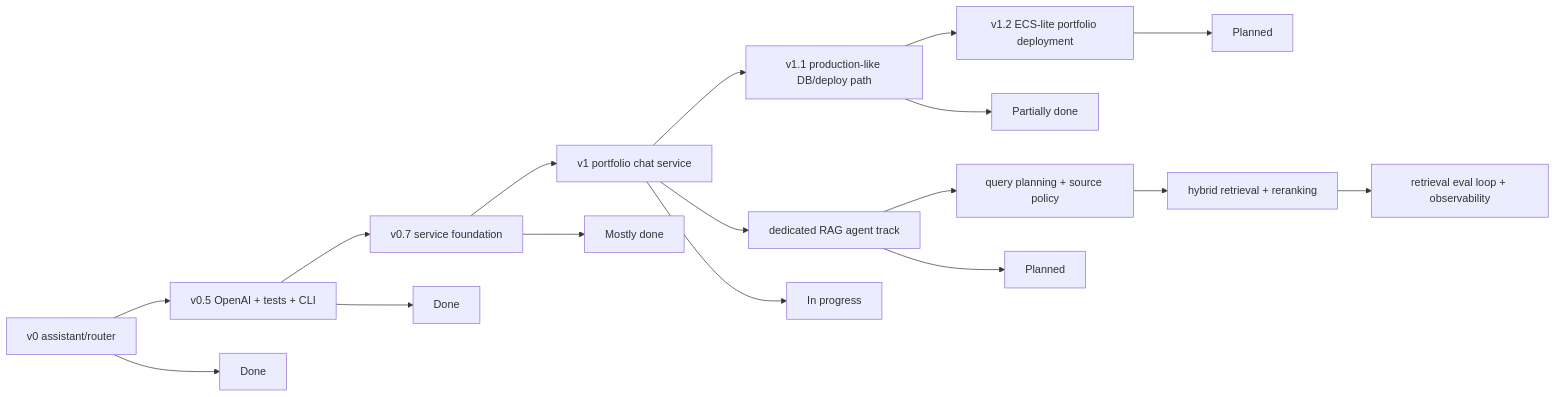
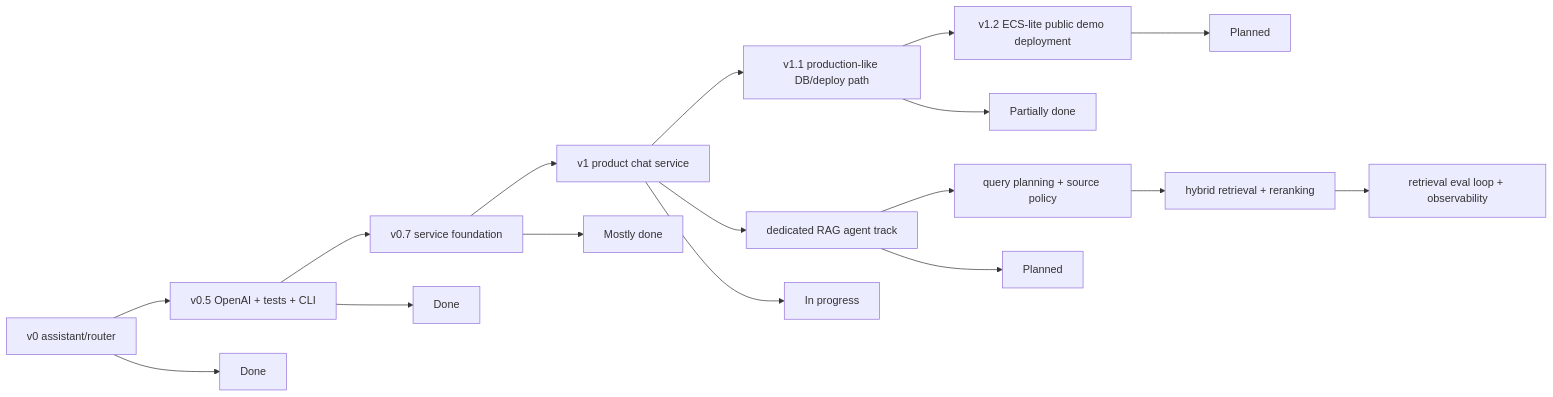
One commit to heecheon92/my-agents changed the diagram in ROADMAP.md. Above: the diagram before and after it, drawn with Mermaid. The commit also changed other lines of this file and 79 other files, not shown here.

````diff
--- a/ROADMAP.md
+++ b/ROADMAP.md
@@ -16,20 +16,20 @@
 ```mermaid
 flowchart LR
     V0["v0 assistant/router"] --> V05["v0.5 OpenAI + tests + CLI"]
     V05 --> V07["v0.7 service foundation"]
-    V07 --> V1["v1 portfolio chat service"]
+    V07 --> V1["v1 product chat service"]
     V1 --> V11["v1.1 production-like DB/deploy path"]
-    V11 --> V12["v1.2 ECS-lite portfolio deployment"]
+    V11 --> V12["v1.2 ECS-lite public demo deployment"]
     V1 --> R1["dedicated RAG agent track"]
     R1 --> R1A["query planning + source policy"]
     R1A --> R1B["hybrid retrieval + reranking"]
     R1B --> R1C["retrieval eval loop + observability"]
 
     V0 --> V0Done["Done"]
     V05 --> V05Done["Done"]
     V07 --> V07Done["Mostly done"]
     V1 --> V1Wip["In progress"]
     V11 --> V11Wip["Partially done"]
     V12 --> V12Todo["Planned"]
     R1 --> R1Todo["Planned"]
 ```
````
